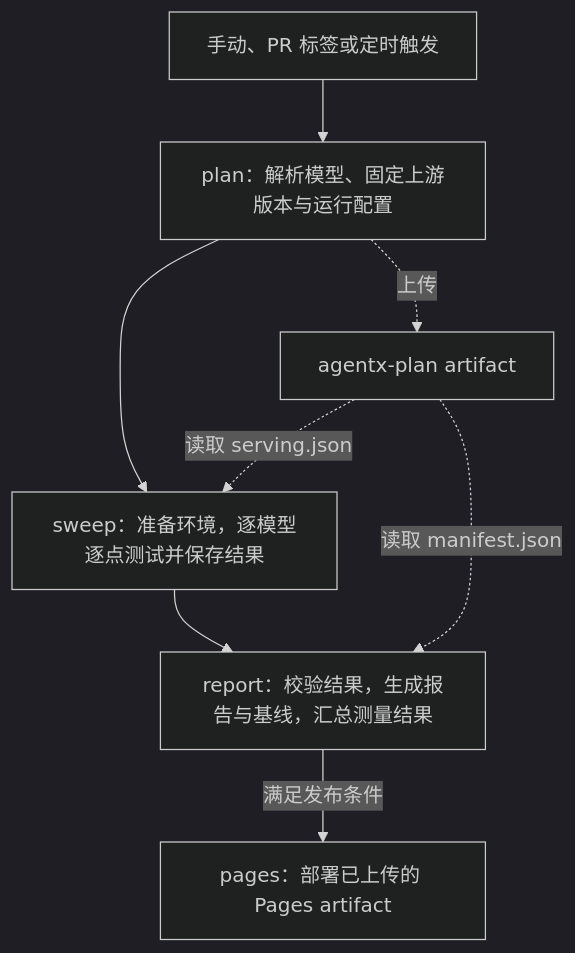
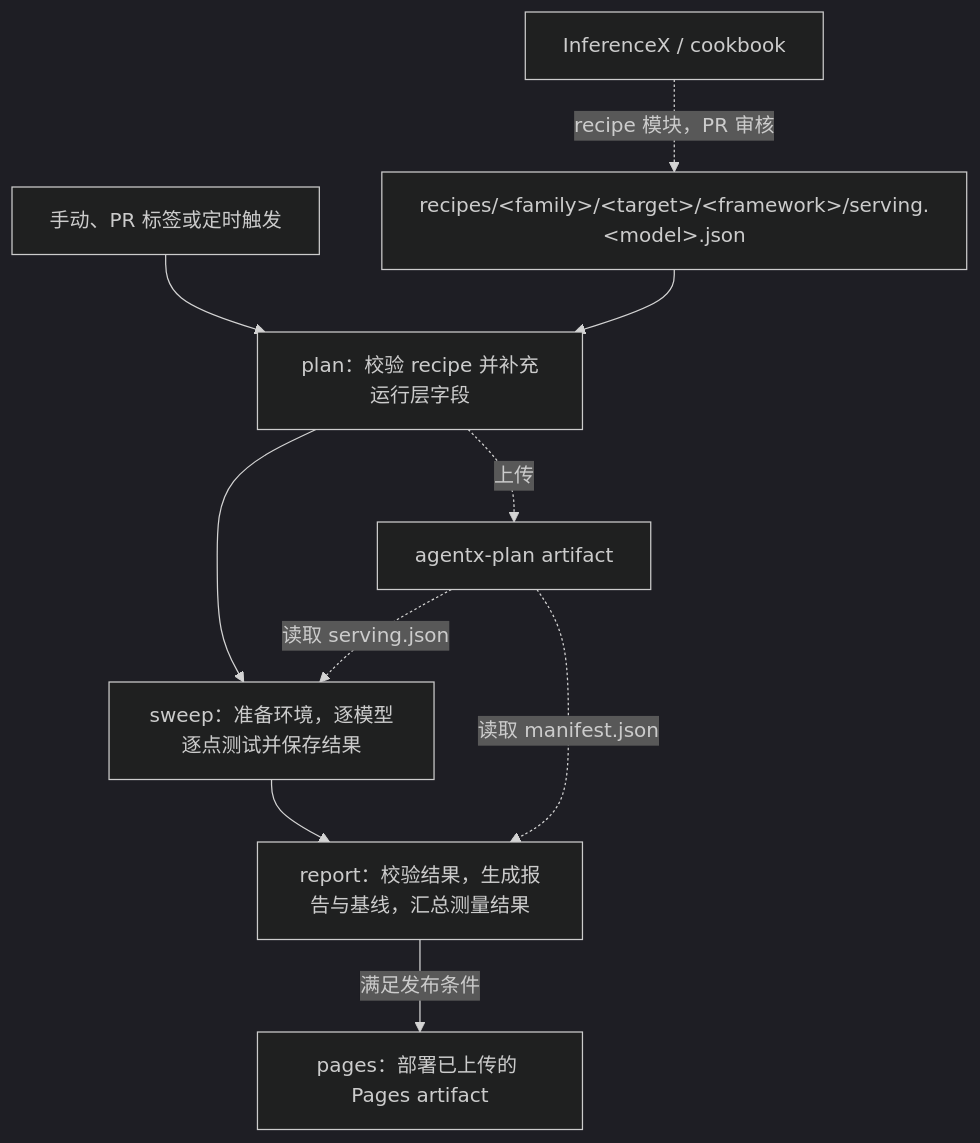
Before and after one commit to AMD-AGI/AKLR: the diagram in benchmarks/agentx/README.zh.md, drawn with Mermaid (dark theme). The commit also changed other lines of this file and 41 other files, not shown here.

First line of the commit message:
feat(agentx): plan from reviewed recipe files, add vLLM and per-framework runs (#208)

````diff
--- a/benchmarks/agentx/README.zh.md
+++ b/benchmarks/agentx/README.zh.md
@@ -9,10 +9,11 @@
 ```mermaid
 flowchart TD
-    T["手动、PR 标签或定时触发"] --> P["plan：解析模型、固定上游版本与运行配置"]
+    T["手动、PR 标签或定时触发"] --> P["plan：校验 recipe 并补充运行层字段"]
+    X["InferenceX / cookbook"] -.->|"recipe 模块，PR 审核"| L["recipes/#lt;family#gt;/#lt;target#gt;/#lt;framework#gt;/serving.#lt;model#gt;.json"] --> P
     P --> S["sweep：准备环境，逐模型逐点测试并保存结果"]
     S --> R["report：校验结果，生成报告与基线，汇总测量结果"]
     R -->|"满足发布条件"| D["pages：部署已上传的 Pages artifact"]
     P -.->|"上传"| A["agentx-plan artifact"]
     A -.->|"读取 serving.json"| S
     A -.->|"读取 manifest.json"| R
 ```
````
